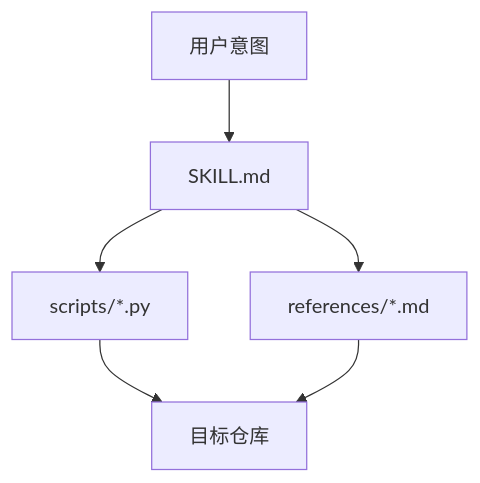
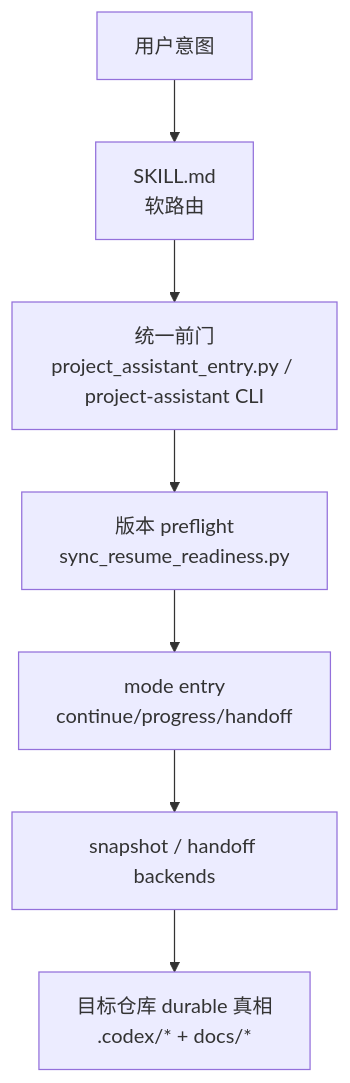
One commit to redcreen/project-assistant changed the first of 2 diagrams in docs/architecture.zh-CN.md. Above: the diagram before and after it, drawn with Mermaid. The commit also changed other lines of this file and 40 other files, not shown here.

````diff
--- a/docs/architecture.zh-CN.md
+++ b/docs/architecture.zh-CN.md
@@ -13,8 +17,9 @@
 ```mermaid
 flowchart TB
-    U["用户意图"] --> S["SKILL.md"]
-    S --> R["references/*.md"]
-    S --> X["scripts/*.py"]
-    X --> P["目标仓库"]
-    R --> P
+    U["用户意图"] --> S["SKILL.md\n软路由"]
+    S --> F["统一前门\nproject_assistant_entry.py / project-assistant CLI"]
+    F --> P["版本 preflight\nsync_resume_readiness.py"]
+    P --> E["mode entry\ncontinue/progress/handoff"]
+    E --> R["snapshot / handoff backends"]
+    R --> T["目标仓库 durable 真相\n.codex/* + docs/*"]
 ```
````
